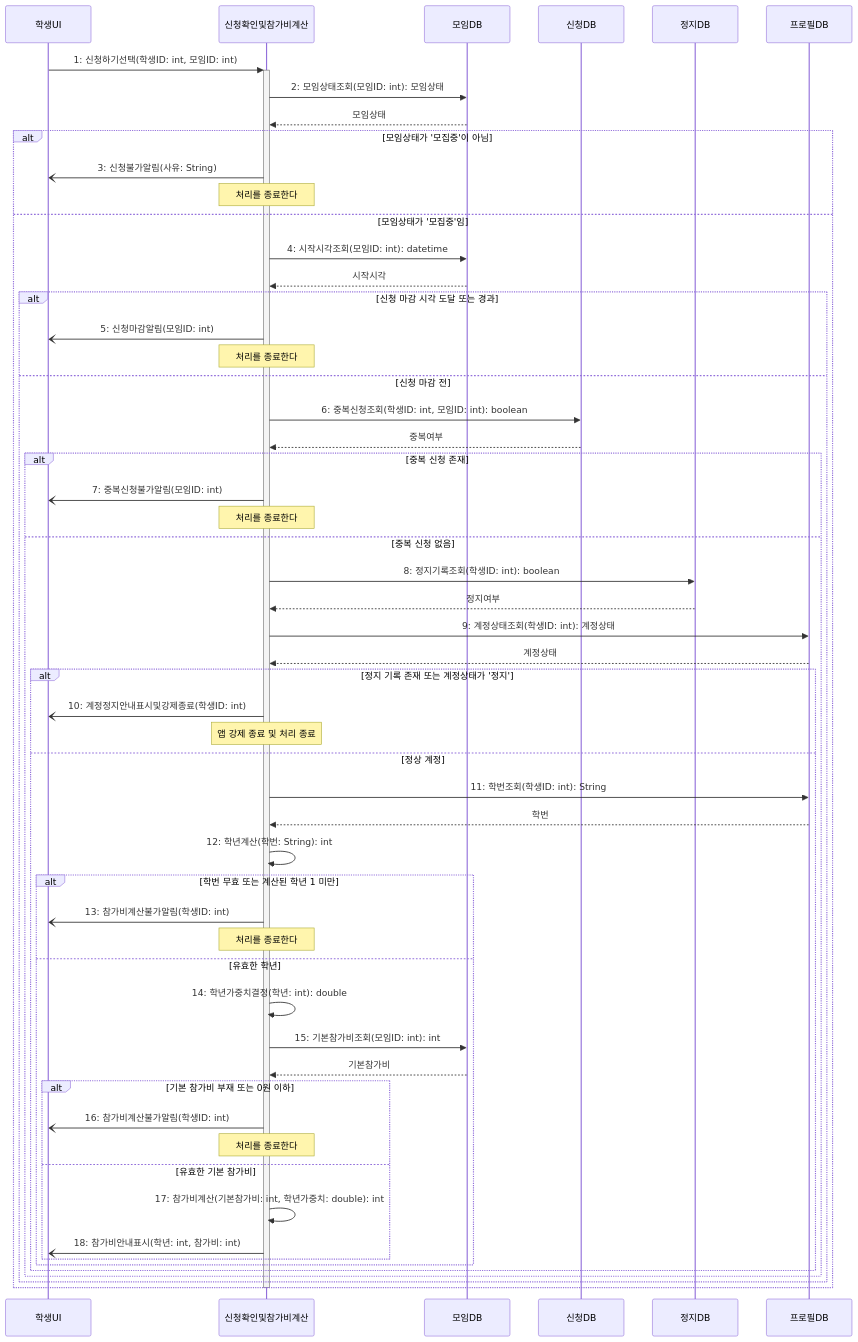
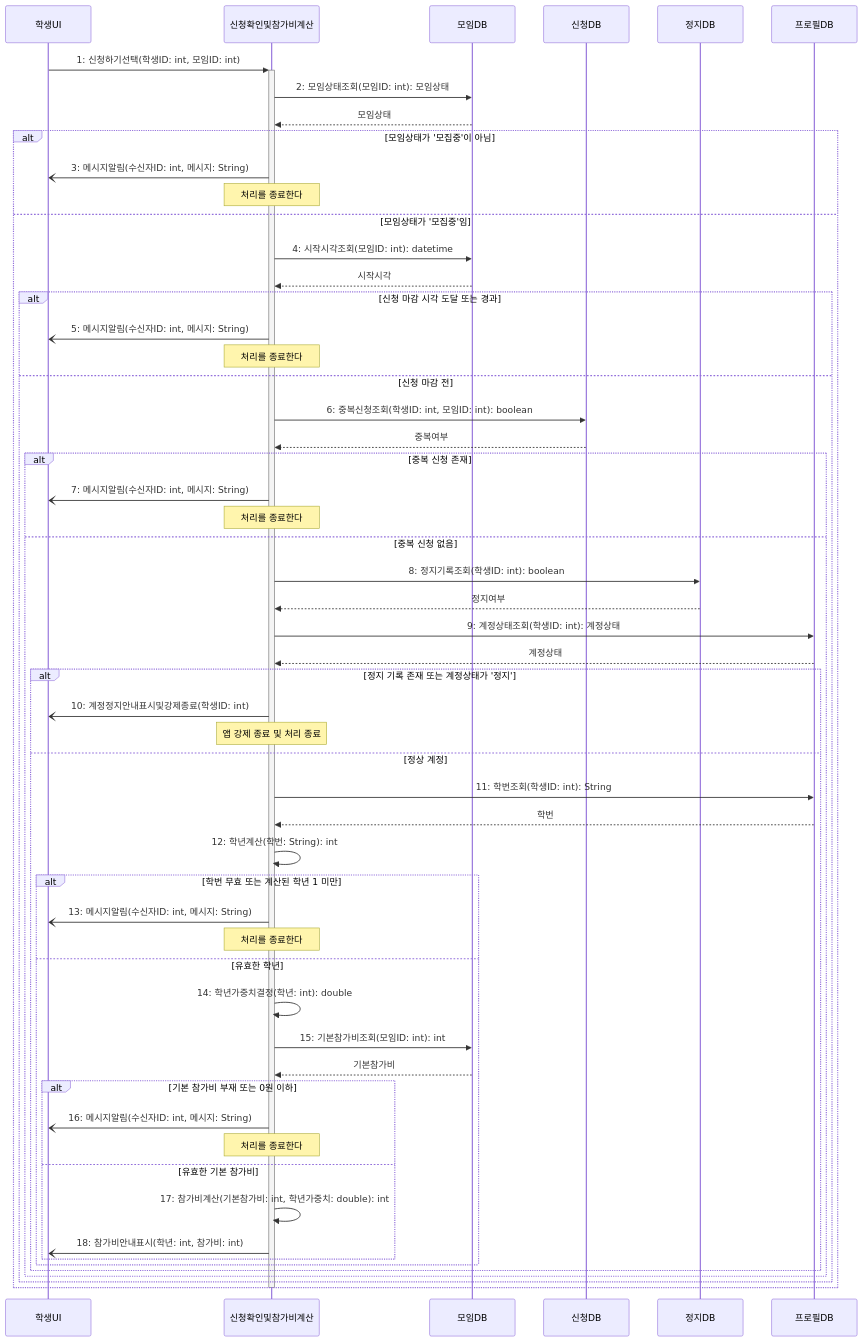
Before and after one commit to hojae3/sw-engineering-16: the diagram in sequence/seq-02-1.md, drawn with Mermaid. The commit also changed other lines of this file and 19 other files, not shown here.

````diff
--- a/sequence/seq-02-1.md
+++ b/sequence/seq-02-1.md
@@ -25,66 +25,66 @@
 ```mermaid
 sequenceDiagram
     participant 학생UI as 학생UI
     participant 계산 as 신청확인및참가비계산
     participant 모임DB as 모임DB
     participant 신청DB as 신청DB
     participant 정지DB as 정지DB
     participant 프로필DB as 프로필DB
 
     학생UI->>+계산: 1: 신청하기선택(학생ID: int, 모임ID: int)
     계산->>모임DB: 2: 모임상태조회(모임ID: int): 모임상태
     모임DB-->>계산: 모임상태
 
     alt 모임상태가 '모집중'이 아님
-        계산-)학생UI: 3: 신청불가알림(사유: String)
+        계산-)학생UI: 3: 메시지알림(수신자ID: int, 메시지: String)
         Note over 계산: 처리를 종료한다
     else 모임상태가 '모집중'임
         계산->>모임DB: 4: 시작시각조회(모임ID: int): datetime
         모임DB-->>계산: 시작시각
 
         alt 신청 마감 시각 도달 또는 경과
-            계산-)학생UI: 5: 신청마감알림(모임ID: int)
+            계산-)학생UI: 5: 메시지알림(수신자ID: int, 메시지: String)
             Note over 계산: 처리를 종료한다
         else 신청 마감 전
             계산->>신청DB: 6: 중복신청조회(학생ID: int, 모임ID: int): boolean
             신청DB-->>계산: 중복여부
 
             alt 중복 신청 존재
-                계산-)학생UI: 7: 중복신청불가알림(모임ID: int)
+                계산-)학생UI: 7: 메시지알림(수신자ID: int, 메시지: String)
                 Note over 계산: 처리를 종료한다
             else 중복 신청 없음
                 계산->>정지DB: 8: 정지기록조회(학생ID: int): boolean
                 정지DB-->>계산: 정지여부
                 계산->>프로필DB: 9: 계정상태조회(학생ID: int): 계정상태
                 프로필DB-->>계산: 계정상태
 
                 alt 정지 기록 존재 또는 계정상태가 '정지'
                     계산-)학생UI: 10: 계정정지안내표시및강제종료(학생ID: int)
                     Note over 계산: 앱 강제 종료 및 처리 종료
                 else 정상 계정
                     계산->>프로필DB: 11: 학번조회(학생ID: int): String
                     프로필DB-->>계산: 학번
                     계산->>계산: 12: 학년계산(학번: String): int
 
                     alt 학번 무효 또는 계산된 학년 1 미만
-                        계산-)학생UI: 13: 참가비계산불가알림(학생ID: int)
+                        계산-)학생UI: 13: 메시지알림(수신자ID: int, 메시지: String)
                         Note over 계산: 처리를 종료한다
                     else 유효한 학년
                         계산->>계산: 14: 학년가중치결정(학년: int): double
                         계산->>모임DB: 15: 기본참가비조회(모임ID: int): int
                         모임DB-->>계산: 기본참가비
 
                         alt 기본 참가비 부재 또는 0원 이하
-                            계산-)학생UI: 16: 참가비계산불가알림(학생ID: int)
+                            계산-)학생UI: 16: 메시지알림(수신자ID: int, 메시지: String)
                             Note over 계산: 처리를 종료한다
                         else 유효한 기본 참가비
                             계산->>계산: 17: 참가비계산(기본참가비: int, 학년가중치: double): int
                             계산-)학생UI: 18: 참가비안내표시(학년: int, 참가비: int)
                         end
                     end
                 end
             end
         end
     end
     deactivate 계산
 ```
````
